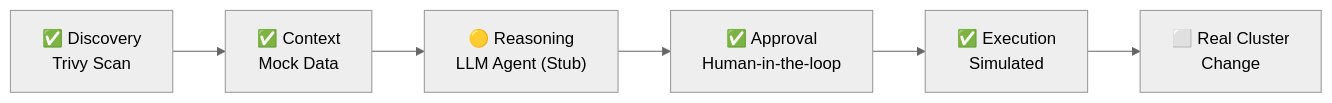
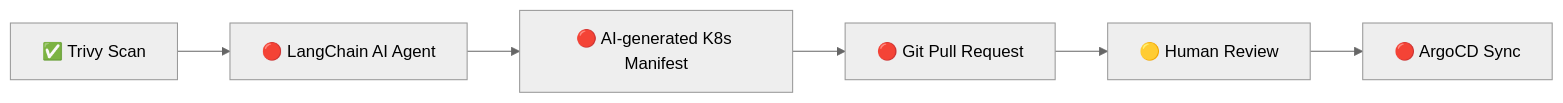
The first of 2 diagrams in docs/mvp_status.md (js030/vuln-remediation-platform), drawn with Mermaid (neutral theme) before and after one commit. The commit also changed other lines of this file, not shown here.

````diff
--- a/docs/mvp_status.md
+++ b/docs/mvp_status.md
@@ -3,8 +5,8 @@
 ```mermaid
 flowchart LR
-    A["✅ Discovery<br/>Trivy Scan"] --> B["✅ Context<br/>Mock Data"]
-    B --> C["🟡 Reasoning<br/>LLM Agent (Stub)"]
-    C --> D["✅ Approval<br/>Human-in-the-loop"]
-    D --> E["✅ Execution<br/>Simulated"]
-    E --> F["⬜ Real Cluster<br/>Change"]
+    A["✅ Trivy Scan"] --> B["🔴 LangChain AI Agent"]
+    B --> C["🔴 AI-generated K8s Manifest"]
+    C --> D["🔴 Git Pull Request"]
+    D --> E["🟡 Human Review"]
+    E --> F["🔴 ArgoCD Sync"]
 ```
````
